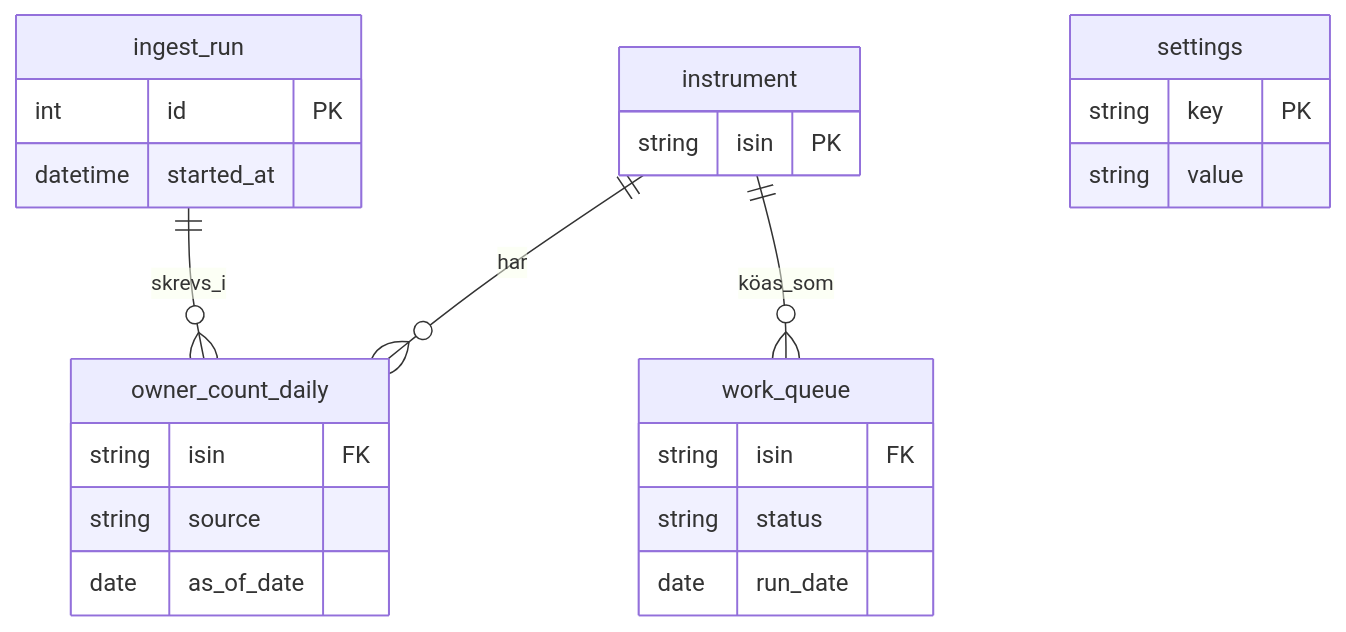
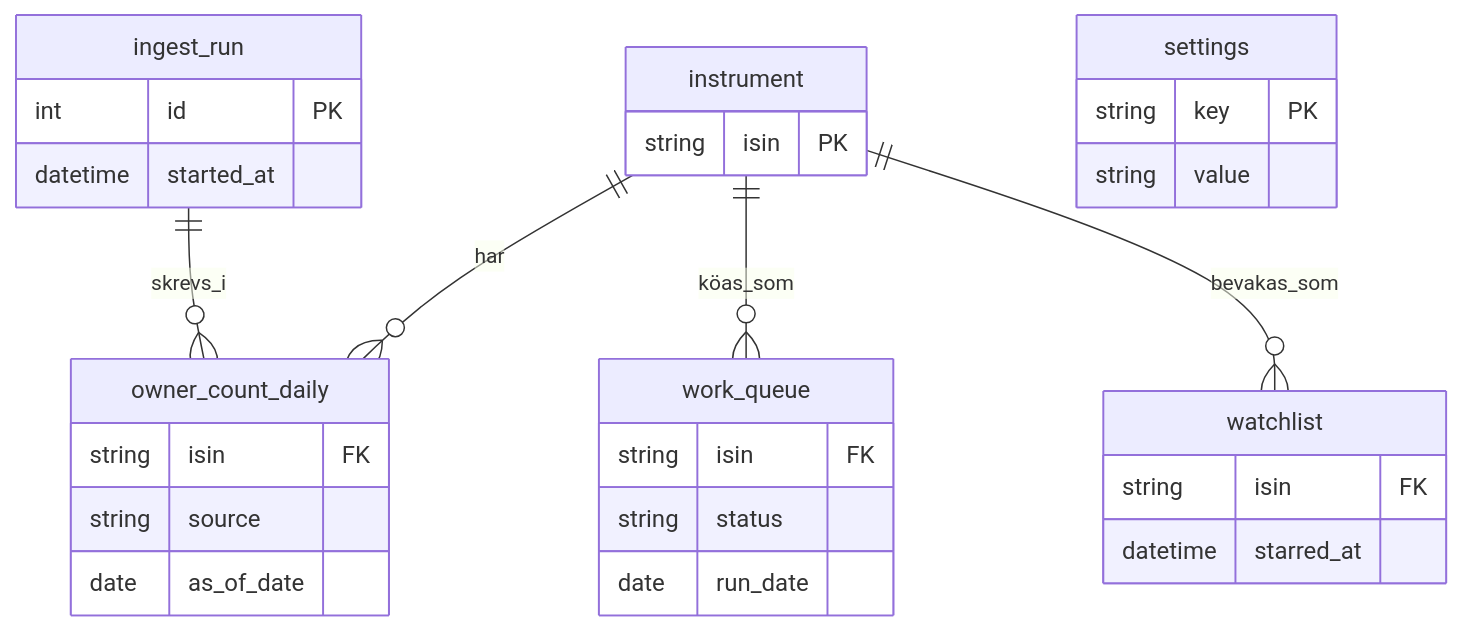
The second of 5 diagrams in _bmad-output/planning-artifacts/architecture/architecture-stockpicker-2026-09-08/ARCHITECTURE-SPINE.md (ryddmo/stockpicker), drawn with Mermaid before and after one commit. The commit also changed other lines of this file and 19 other files, not shown here.

````diff
--- a/_bmad-output/planning-artifacts/architecture/architecture-stockpicker-2026-09-08/ARCHITECTURE-SPINE.md
+++ b/_bmad-output/planning-artifacts/architecture/architecture-stockpicker-2026-09-08/ARCHITECTURE-SPINE.md
@@ -210,27 +323,32 @@
 ```mermaid
 erDiagram
     instrument ||--o{ owner_count_daily : har
     instrument ||--o{ work_queue : köas_som
+    instrument ||--o{ watchlist : bevakas_som
     ingest_run ||--o{ owner_count_daily : skrevs_i
     instrument {
         string isin PK
     }
     owner_count_daily {
         string isin FK
         string source
         date as_of_date
     }
     work_queue {
         string isin FK
         string status
         date run_date
     }
+    watchlist {
+        string isin FK
+        datetime starred_at
+    }
     ingest_run {
         int id PK
         datetime started_at
     }
     settings {
         string key PK
         string value
     }
 ```
````
